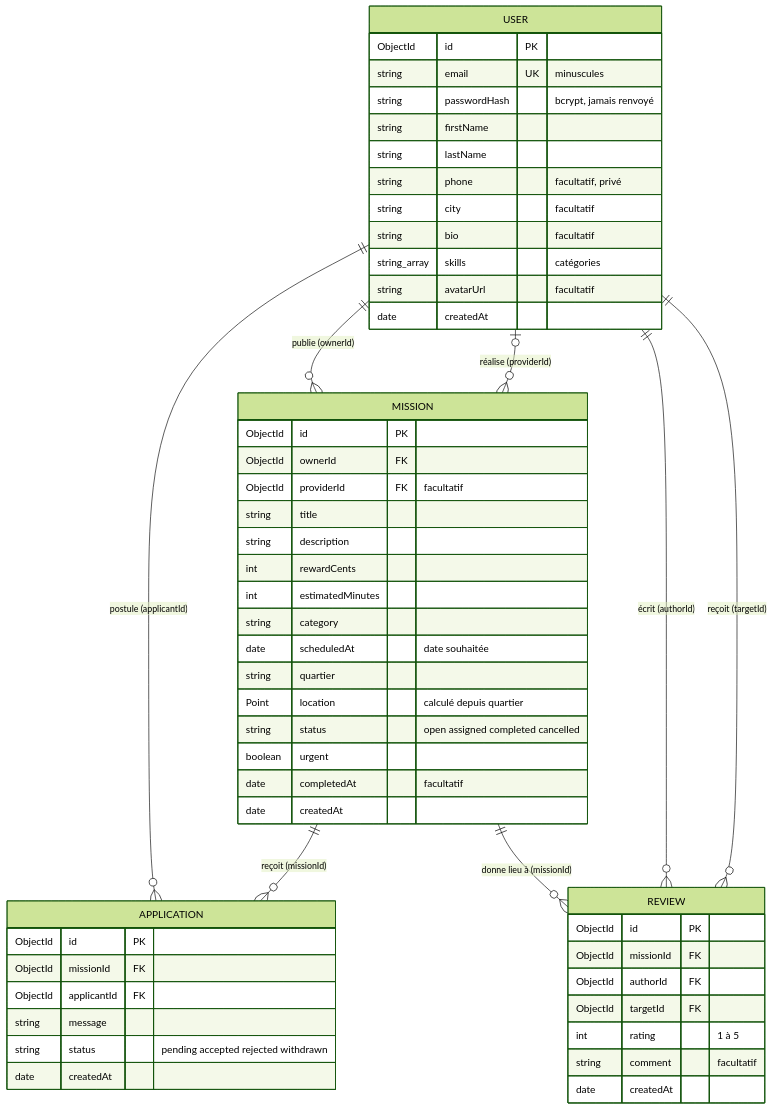
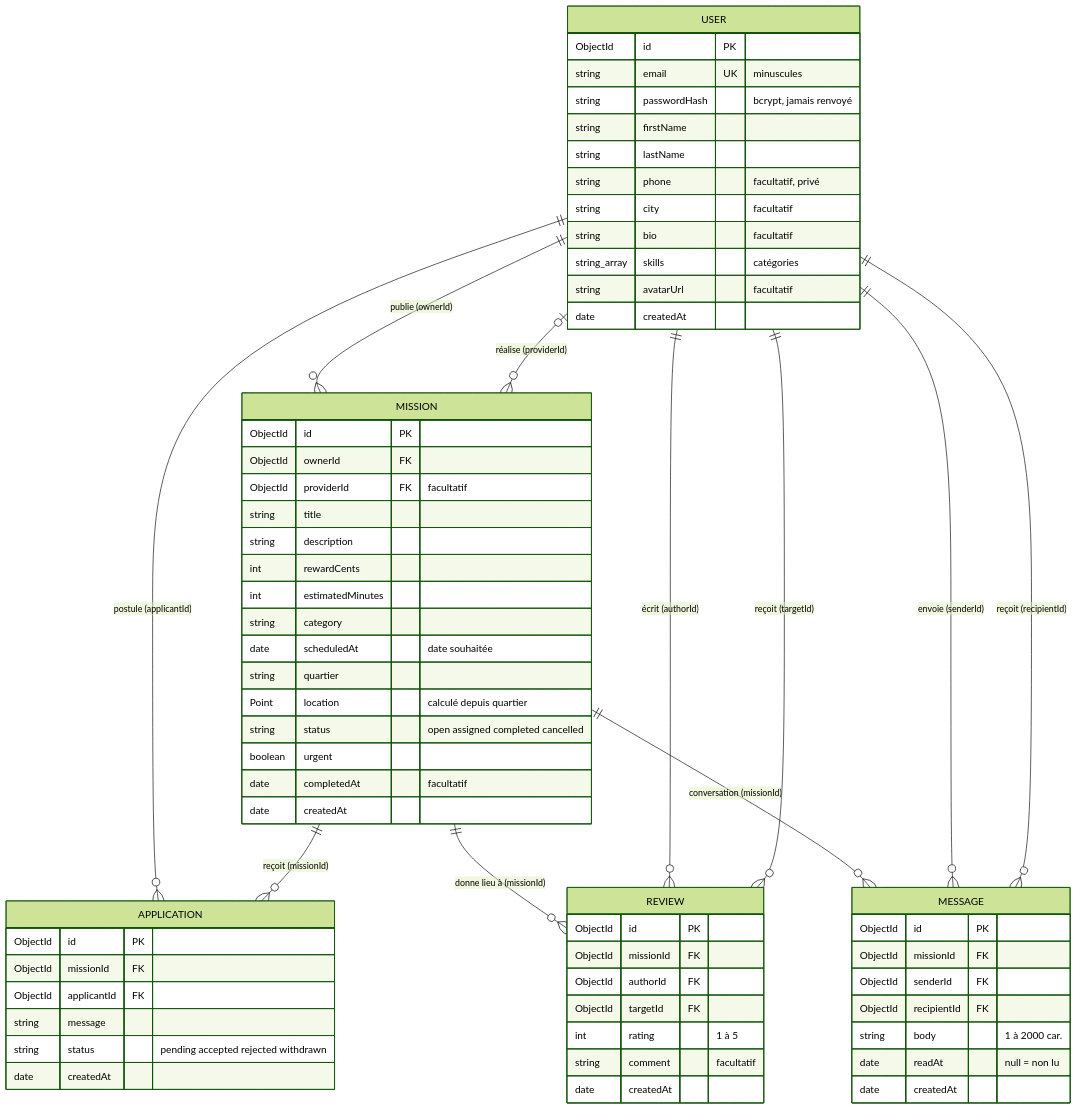
Before and after one commit to Nicoco92/Help-up: the diagram in docs/modele-donnees.md, drawn with Mermaid (forest theme). The commit also changed other lines of this file and 41 other files, not shown here.

Commit message:
feat: created private message between users only when one accept a mission

````diff
--- a/docs/modele-donnees.md
+++ b/docs/modele-donnees.md
@@ -30,58 +30,70 @@
 ```mermaid
 erDiagram
     USER ||--o{ MISSION : "publie (ownerId)"
     USER |o--o{ MISSION : "réalise (providerId)"
     USER ||--o{ APPLICATION : "postule (applicantId)"
     MISSION ||--o{ APPLICATION : "reçoit (missionId)"
     MISSION ||--o{ REVIEW : "donne lieu à (missionId)"
     USER ||--o{ REVIEW : "écrit (authorId)"
     USER ||--o{ REVIEW : "reçoit (targetId)"
+    MISSION ||--o{ MESSAGE : "conversation (missionId)"
+    USER ||--o{ MESSAGE : "envoie (senderId)"
+    USER ||--o{ MESSAGE : "reçoit (recipientId)"
 
     USER {
         ObjectId id PK
         string email UK "minuscules"
         string passwordHash "bcrypt, jamais renvoyé"
         string firstName
         string lastName
         string phone "facultatif, privé"
         string city "facultatif"
         string bio "facultatif"
         string_array skills "catégories"
         string avatarUrl "facultatif"
         date createdAt
     }
     MISSION {
         ObjectId id PK
         ObjectId ownerId FK
         ObjectId providerId FK "facultatif"
         string title
         string description
         int rewardCents
         int estimatedMinutes
         string category
         date scheduledAt "date souhaitée"
         string quartier
         Point location "calculé depuis quartier"
         string status "open assigned completed cancelled"
         boolean urgent
         date completedAt "facultatif"
         date createdAt
     }
     APPLICATION {
         ObjectId id PK
         ObjectId missionId FK
         ObjectId applicantId FK
         string message
         string status "pending accepted rejected withdrawn"
         date createdAt
     }
     REVIEW {
         ObjectId id PK
         ObjectId missionId FK
         ObjectId authorId FK
         ObjectId targetId FK
         int rating "1 à 5"
         string comment "facultatif"
         date createdAt
     }
+    MESSAGE {
+        ObjectId id PK
+        ObjectId missionId FK
+        ObjectId senderId FK
+        ObjectId recipientId FK
+        string body "1 à 2000 car."
+        date readAt "null = non lu"
+        date createdAt
+    }
 ```
````
